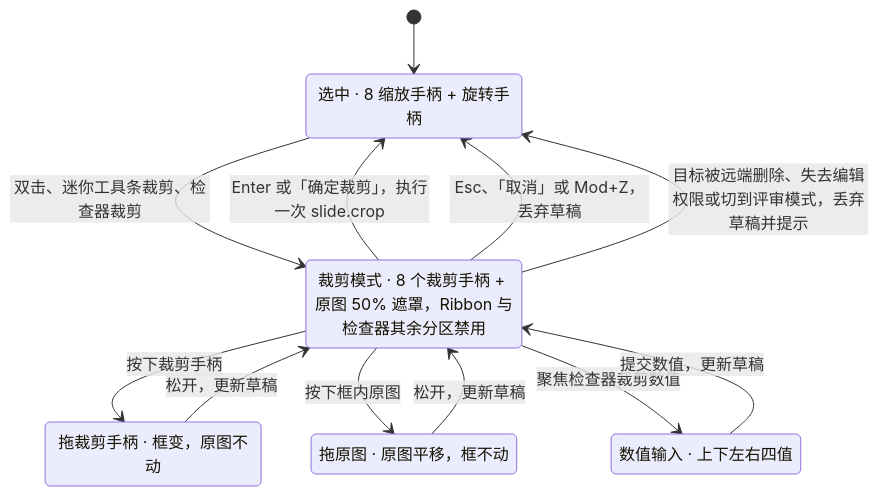
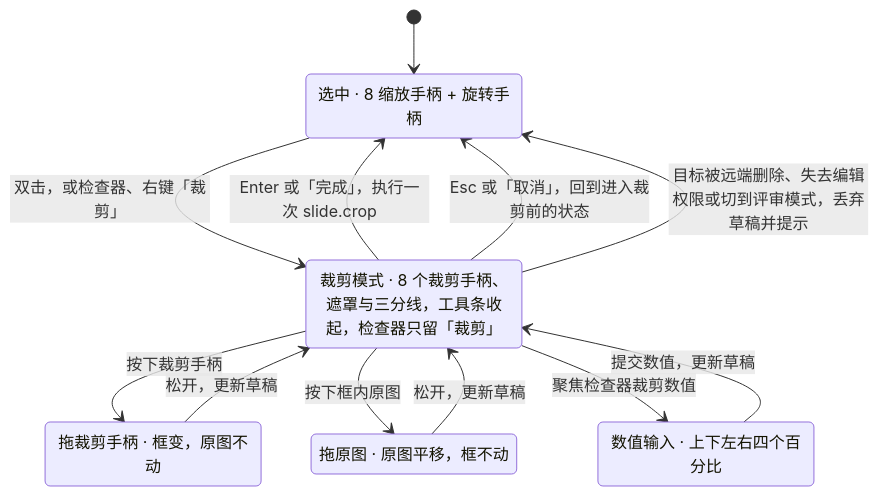
Before and after one commit to Xeonice/cordis-ppt-editor: the fifth of 12 diagrams in docs/50-frontend/23-elements-media.md, drawn with Mermaid. The commit also changed other lines of this file and 25 other files, not shown here.

````diff
--- a/docs/50-frontend/23-elements-media.md
+++ b/docs/50-frontend/23-elements-media.md
@@ -239,19 +239,19 @@
 ```mermaid
 stateDiagram-v2
   state "选中 · 8 缩放手柄 + 旋转手柄" as selected
-  state "裁剪模式 · 8 个裁剪手柄 + 原图 50% 遮罩，Ribbon 与检查器其余分区禁用" as cropping
+  state "裁剪模式 · 8 个裁剪手柄、遮罩与三分线，工具条收起，检查器只留「裁剪」" as cropping
   state "拖裁剪手柄 · 框变，原图不动" as dragFrame
   state "拖原图 · 原图平移，框不动" as dragImage
-  state "数值输入 · 上下左右四值" as numeric
+  state "数值输入 · 上下左右四个百分比" as numeric
   [*] --> selected
-  selected --> cropping : 双击、迷你工具条裁剪、检查器裁剪
+  selected --> cropping : 双击，或检查器、右键「裁剪」
   cropping --> dragFrame : 按下裁剪手柄
   dragFrame --> cropping : 松开，更新草稿
   cropping --> dragImage : 按下框内原图
   dragImage --> cropping : 松开，更新草稿
   cropping --> numeric : 聚焦检查器裁剪数值
   numeric --> cropping : 提交数值，更新草稿
-  cropping --> selected : Enter 或「确定裁剪」，执行一次 slide.crop
-  cropping --> selected : Esc、「取消」或 Mod+Z，丢弃草稿
+  cropping --> selected : Enter 或「完成」，执行一次 slide.crop
+  cropping --> selected : Esc 或「取消」，回到进入裁剪前的状态
   cropping --> selected : 目标被远端删除、失去编辑权限或切到评审模式，丢弃草稿并提示
 ```
````
